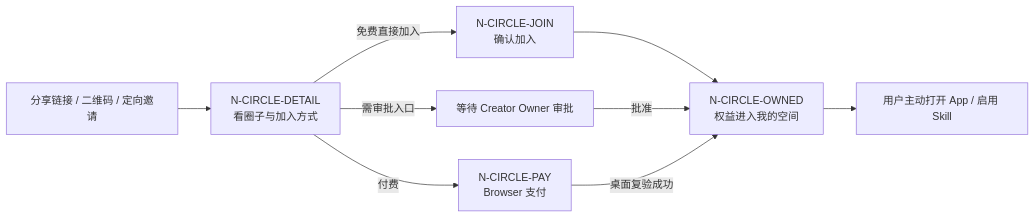
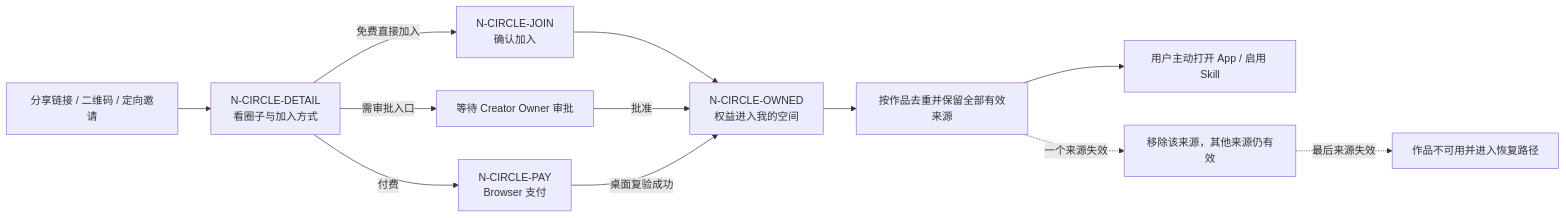
One commit to z-h-ai/polo changed the fourth of 4 diagrams in docs/mvp-complete-flow-hifi/sources/poo70-spec.md. Above: the diagram before and after it, drawn with Mermaid. The commit also changed other lines of this file and 65 other files, not shown here.

````diff
--- a/docs/mvp-complete-flow-hifi/sources/poo70-spec.md
+++ b/docs/mvp-complete-flow-hifi/sources/poo70-spec.md
@@ -201,11 +202,14 @@
 ```mermaid
 flowchart LR
   C1["分享链接 / 二维码 / 定向邀请"] --> C2["N-CIRCLE-DETAIL\n看圈子与加入方式"]
   C2 -->|免费直接加入| C3["N-CIRCLE-JOIN\n确认加入"]
   C2 -->|需审批入口| C4["等待 Creator Owner 审批"]
   C2 -->|付费| C5["N-CIRCLE-PAY\nBrowser 支付"]
   C3 --> C6["N-CIRCLE-OWNED\n权益进入我的空间"]
   C4 -->|批准| C6
   C5 -->|桌面复验成功| C6
-  C6 --> C7["用户主动打开 App / 启用 Skill"]
+  C6 --> C7["按作品去重并保留全部有效来源"]
+  C7 --> C8["用户主动打开 App / 启用 Skill"]
+  C7 -.一个来源失效.-> C9["移除该来源，其他来源仍有效"]
+  C9 -.最后来源失效.-> C10["作品不可用并进入恢复路径"]
 ```
````
